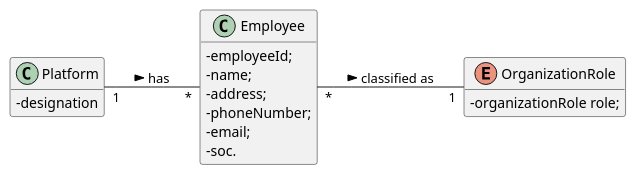
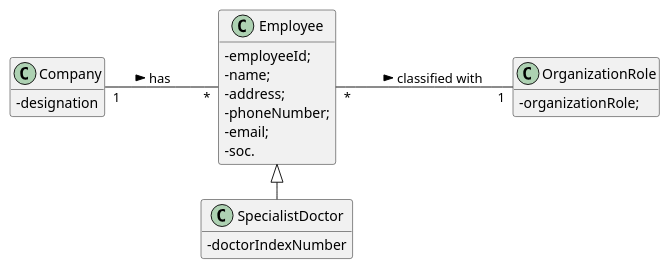
The diagram in docs/SprintB/UC7/UC7_MD.puml (GuilhermeCunha79/lapr2), drawn with PlantUML before and after one commit. The commit also changed 2 other files, not shown here.

Commit message:
[US7] Commit introduces changes to some diagrams of the US7

```diff
--- a/docs/SprintB/UC7/UC7_MD.puml
+++ b/docs/SprintB/UC7/UC7_MD.puml
@@ -1,32 +1,33 @@
 @startuml
 hide methods
 left to right direction
 skinparam classAttributeIconSize 0
 
 
-class Platform {
+class Company {
   -designation
 }
 
 class Employee {
 	-employeeId;
 	-name;
 	-address;
 	-phoneNumber;
 	-email;
 	-soc.
 }
 
-enum OrganizationRole {
-  -organizationRole role;
+class OrganizationRole {
+    -organizationRole;
 }
 
+class SpecialistDoctor{
+    -doctorIndexNumber
+}
 
-
-
-Platform "1" -- "*" Employee : has >
-Employee "*" -- "1" OrganizationRole: classified as >
-
+Company "1" -- "*" Employee : has >
+Employee "*" -- "1" OrganizationRole: classified with >
+SpecialistDoctor -left-|> Employee
 
 
 @enduml
```
